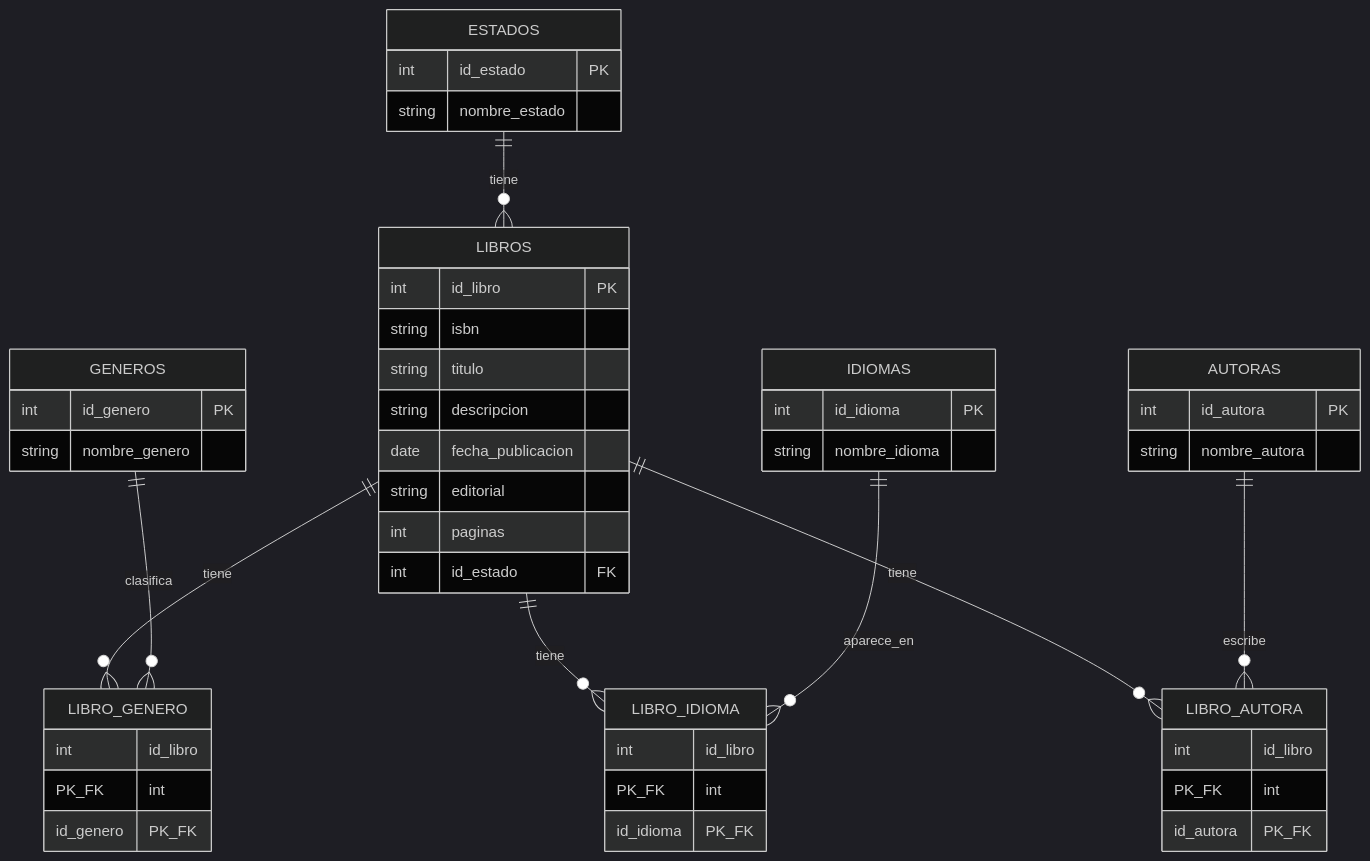
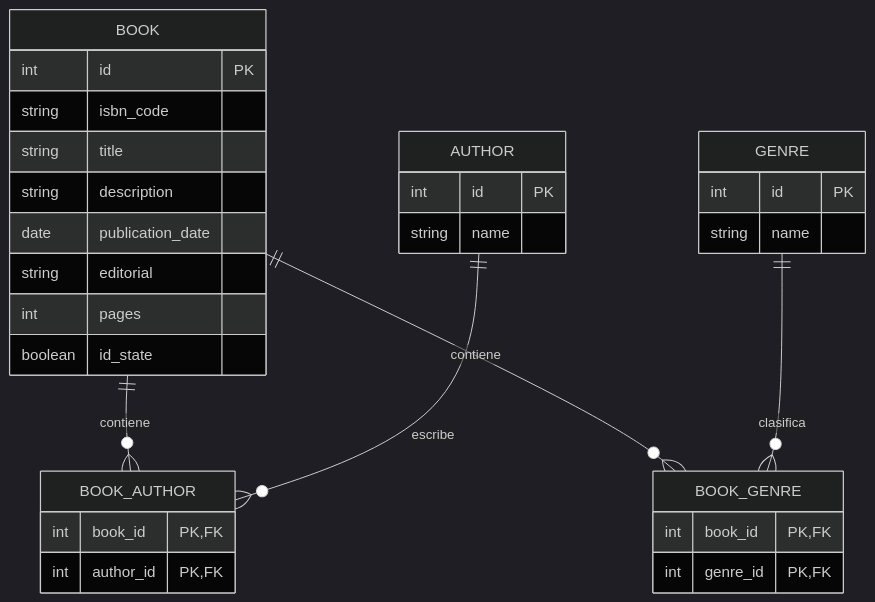
The diagram in README.md (Biblioteca-feminista-Team-2/feminist-library), drawn with Mermaid (dark theme) before and after one commit. The commit also changed other lines of this file, not shown here.

````diff
--- a/README.md
+++ b/README.md
@@ -80,49 +157,34 @@
 ```mermaid
 erDiagram
-  ESTADOS ||--o{ LIBROS : tiene
-  LIBROS ||--o{ LIBRO_GENERO : tiene
-  GENEROS ||--o{ LIBRO_GENERO : clasifica
-  LIBROS ||--o{ LIBRO_IDIOMA : tiene
-  IDIOMAS ||--o{ LIBRO_IDIOMA : aparece_en
-  LIBROS ||--o{ LIBRO_AUTORA : tiene
-  AUTORAS ||--o{ LIBRO_AUTORA : escribe
+  BOOK ||--o{ BOOK_AUTHOR : contiene
+  AUTHOR ||--o{ BOOK_AUTHOR : escribe
+  BOOK ||--o{ BOOK_GENRE : contiene
+  GENRE ||--o{ BOOK_GENRE : clasifica
 
-  LIBROS {
-    int id_libro PK
-    string isbn
-    string titulo
-    string descripcion
-    date fecha_publicacion
+  BOOK {
+    int id PK
+    string isbn_code
+    string title
+    string description
+    date publication_date
     string editorial
-    int paginas
-    int id_estado FK
+    int pages
+    boolean id_state
   }
-  ESTADOS {
-    int id_estado PK
-    string nombre_estado
+  AUTHOR {
+    int id PK
+    string name
   }
-  GENEROS {
-    int id_genero PK
-    string nombre_genero
+  GENRE {
+    int id PK
+    string name
   }
-  IDIOMAS {
-    int id_idioma PK
-    string nombre_idioma
+  BOOK_AUTHOR {
+    int book_id PK, FK
+    int author_id PK, FK
   }
-  AUTORAS {
-    int id_autora PK
-    string nombre_autora
-  }
-  LIBRO_GENERO {
-    int id_libro PK_FK
-    int id_genero PK_FK
-  }
-  LIBRO_IDIOMA {
-    int id_libro PK_FK
-    int id_idioma PK_FK
-  }
-  LIBRO_AUTORA {
-    int id_libro PK_FK
-    int id_autora PK_FK
+  BOOK_GENRE {
+    int book_id PK, FK
+    int genre_id PK, FK
   }
 ```
````
